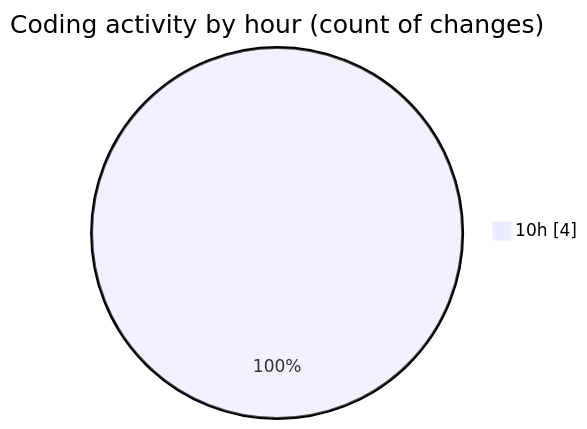
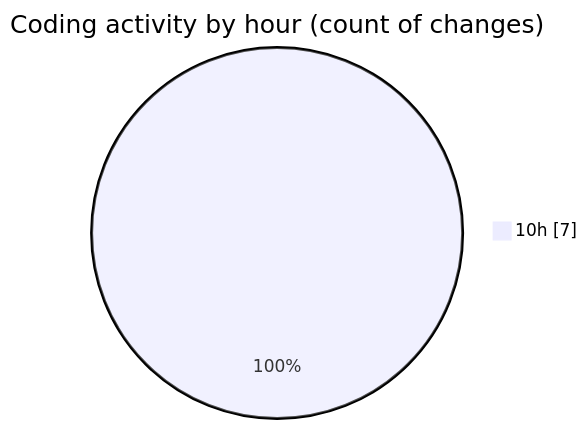
One commit to robertbonfada/code-tracking changed the second of 2 diagrams in 2025-02-03/termonied-web/README.md. Above: the diagram before and after it, drawn with Mermaid. The commit also changed other lines of this file and 1 other file, not shown here.

````diff
--- a/2025-02-03/termonied-web/README.md
+++ b/2025-02-03/termonied-web/README.md
@@ -29,5 +29,5 @@
 ```mermaid
 pie showData
 title Coding activity by hour (count of changes)
-"10h" : 4
+"10h" : 7
 ```
````
